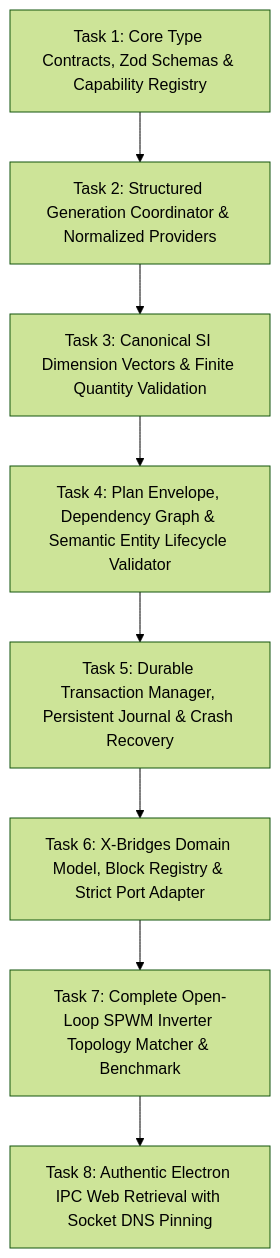
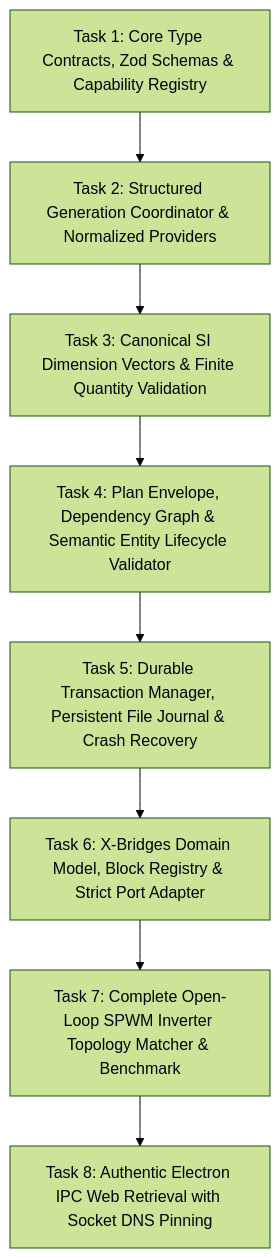
Before and after one commit to bassembiomy/ADAI-: the diagram in docs/superpowers/plans/2026-08-18-adia-autonomous-ai-copilot.md, drawn with Mermaid (forest theme). The commit also changed other lines of this file, not shown here.

Commit message:
docs: finalize autonomous AI Copilot master plan v3.3 with persistent FileTransactionJournalStore, snapshot fallback, and authentic Electron IPC retrieval

````diff
--- a/docs/superpowers/plans/2026-08-18-adia-autonomous-ai-copilot.md
+++ b/docs/superpowers/plans/2026-08-18-adia-autonomous-ai-copilot.md
@@ -31,10 +31,10 @@
 ```mermaid
 flowchart TD
     T1["Task 1: Core Type Contracts, Zod Schemas & Capability Registry"] --> T2["Task 2: Structured Generation Coordinator & Normalized Providers"]
     T2 --> T3["Task 3: Canonical SI Dimension Vectors & Finite Quantity Validation"]
     T3 --> T4["Task 4: Plan Envelope, Dependency Graph & Semantic Entity Lifecycle Validator"]
-    T4 --> T5["Task 5: Durable Transaction Manager, Persistent Journal & Crash Recovery"]
+    T4 --> T5["Task 5: Durable Transaction Manager, Persistent File Journal & Crash Recovery"]
     T5 --> T6["Task 6: X-Bridges Domain Model, Block Registry & Strict Port Adapter"]
     T6 --> T7["Task 7: Complete Open-Loop SPWM Inverter Topology Matcher & Benchmark"]
     T7 --> T8["Task 8: Authentic Electron IPC Web Retrieval with Socket DNS Pinning"]
 ```
````
